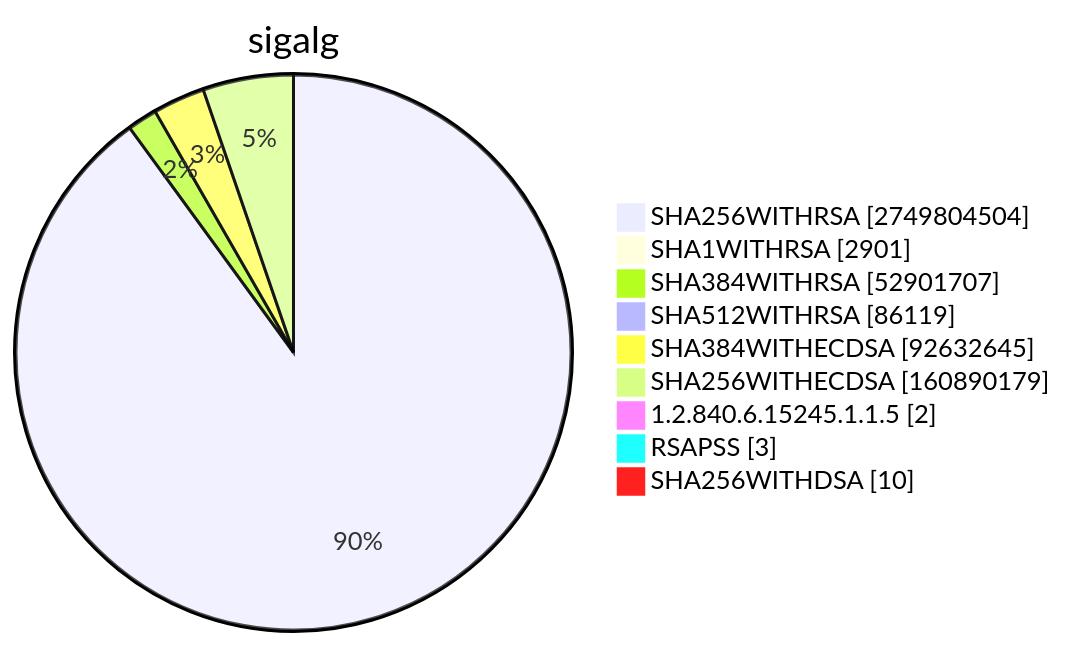
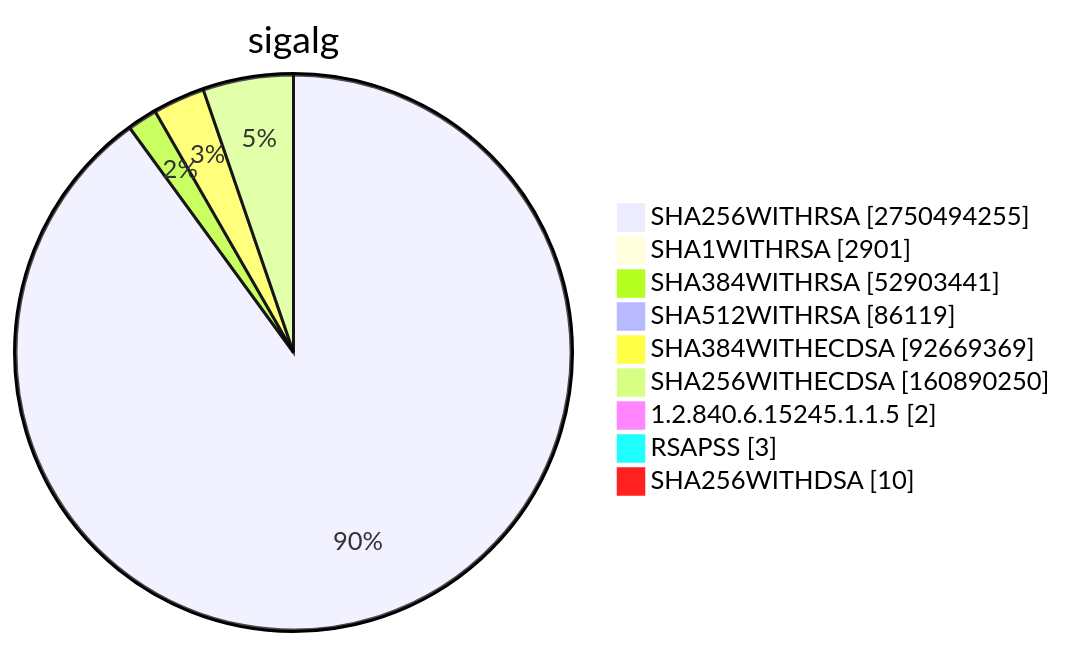
One commit to christiankrug/ctmonitor_visualization changed diagram 15 of 15 in TOTAL/README.md. Above: the diagram before and after it, drawn with Mermaid. The commit also changed other lines of this file, not shown here.

````diff
--- a/TOTAL/README.md
+++ b/TOTAL/README.md
@@ -6206,13 +6207,13 @@
 ```mermaid
 pie showData
 title sigalg
-"SHA256WITHRSA" :2749804504
+"SHA256WITHRSA" :2750494255
 "SHA1WITHRSA" :2901
-"SHA384WITHRSA" :52901707
+"SHA384WITHRSA" :52903441
 "SHA512WITHRSA" :86119
-"SHA384WITHECDSA" :92632645
-"SHA256WITHECDSA" :160890179
+"SHA384WITHECDSA" :92669369
+"SHA256WITHECDSA" :160890250
 "1.2.840.6.15245.1.1.5" :2
 "RSAPSS" :3
 "SHA256WITHDSA" :10
 ```
````
